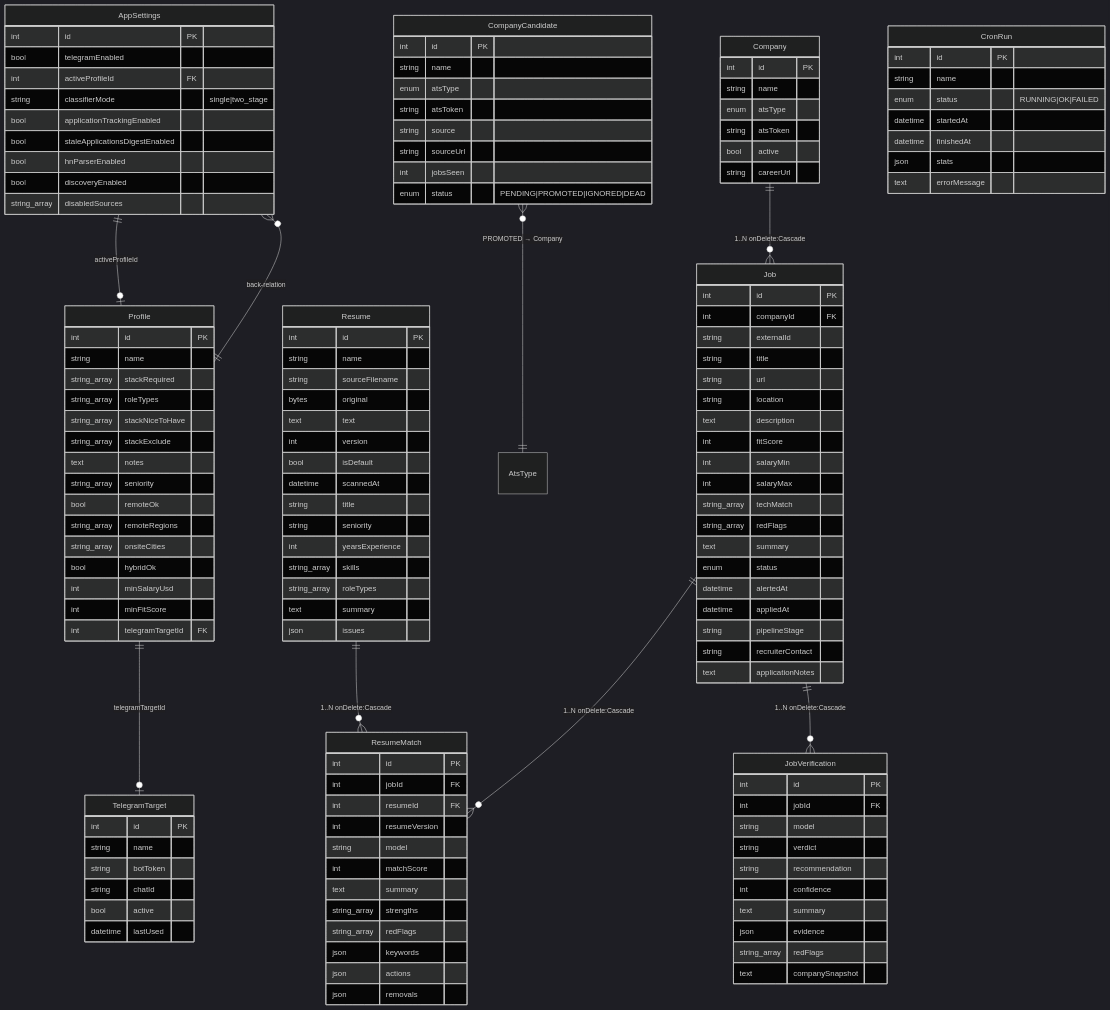
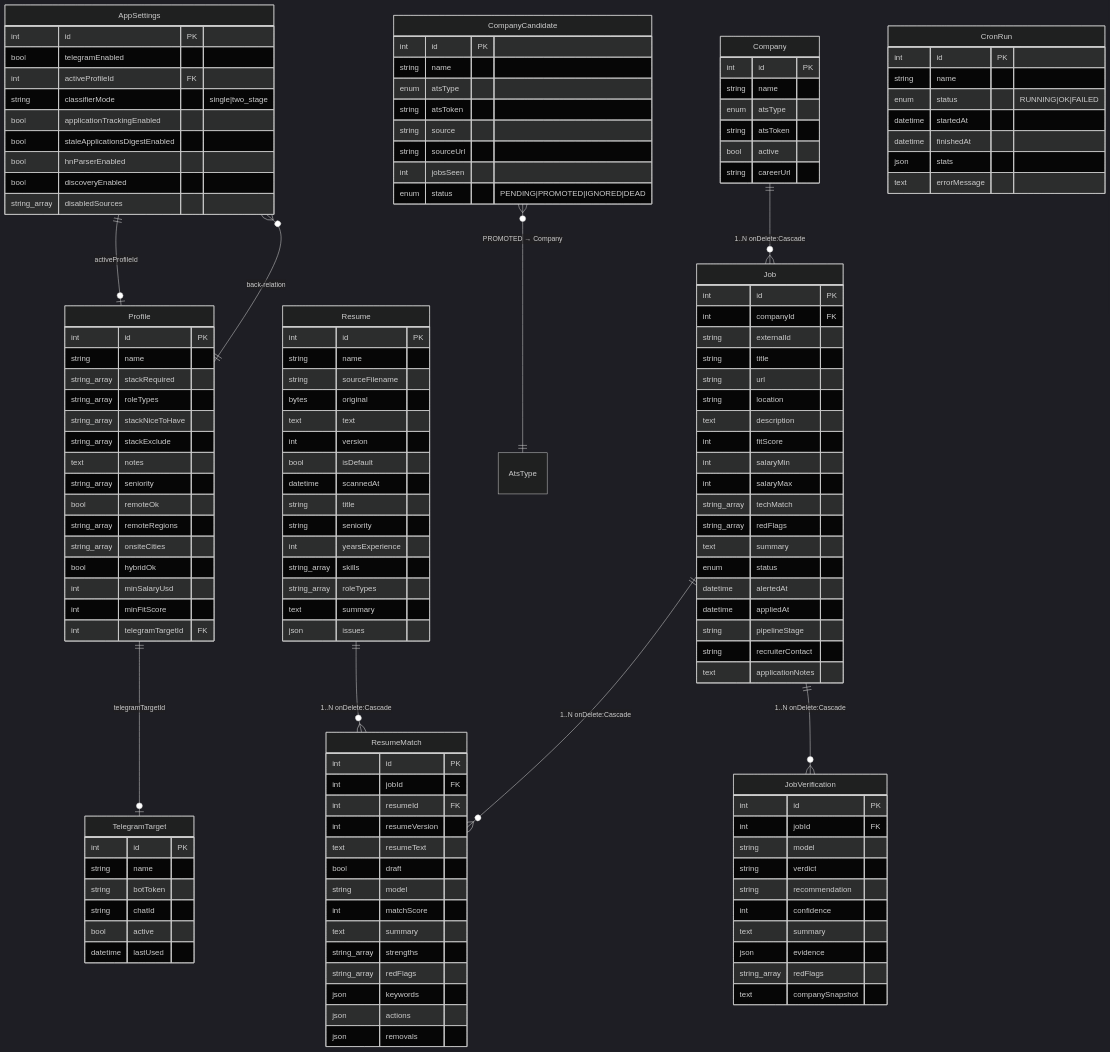
Before and after one commit to applypack/applypack: the fifth of 5 diagrams in ARCHITECTURE.md, drawn with Mermaid (dark theme). The commit also changed other lines of this file and 22 other files, not shown here.

```diff
--- a/ARCHITECTURE.md
+++ b/ARCHITECTURE.md
@@ -395,6 +401,8 @@
     int jobId FK
     int resumeId FK
     int resumeVersion
+    text resumeText
+    bool draft
     string model
     int matchScore
     text summary
```
